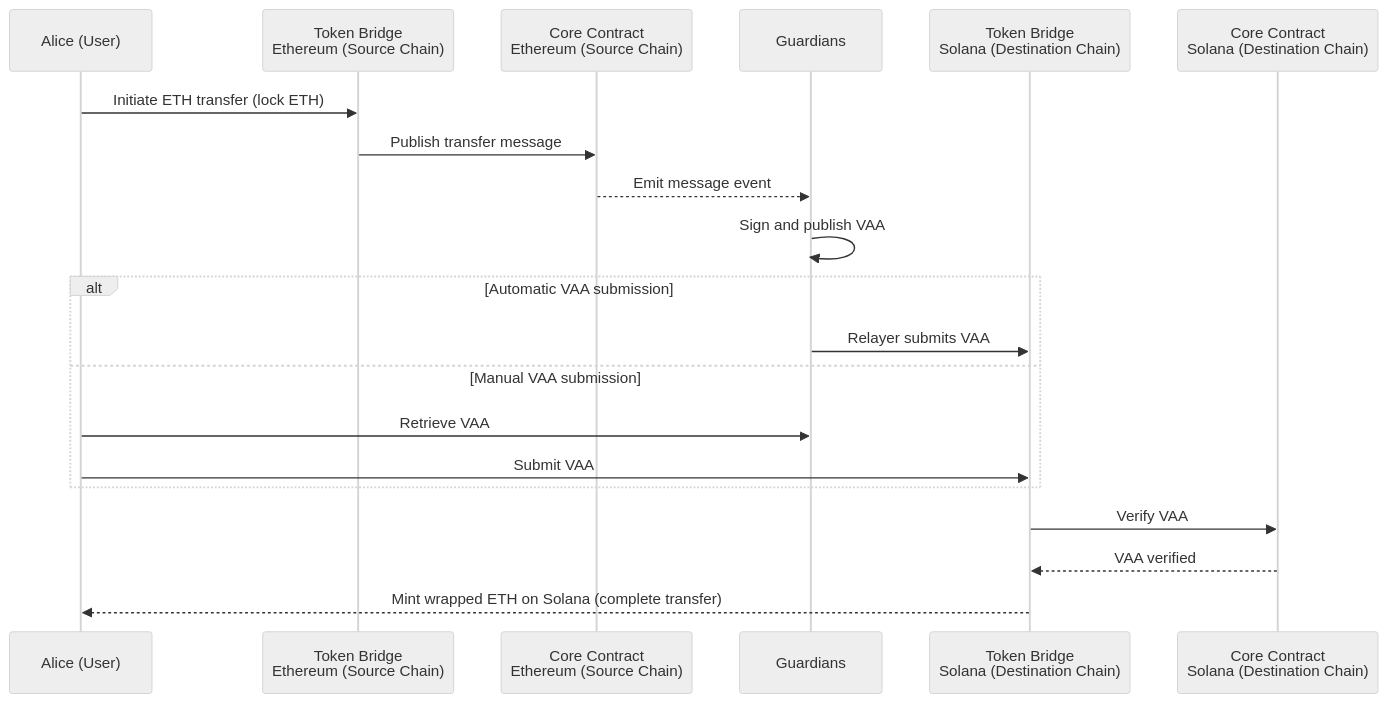
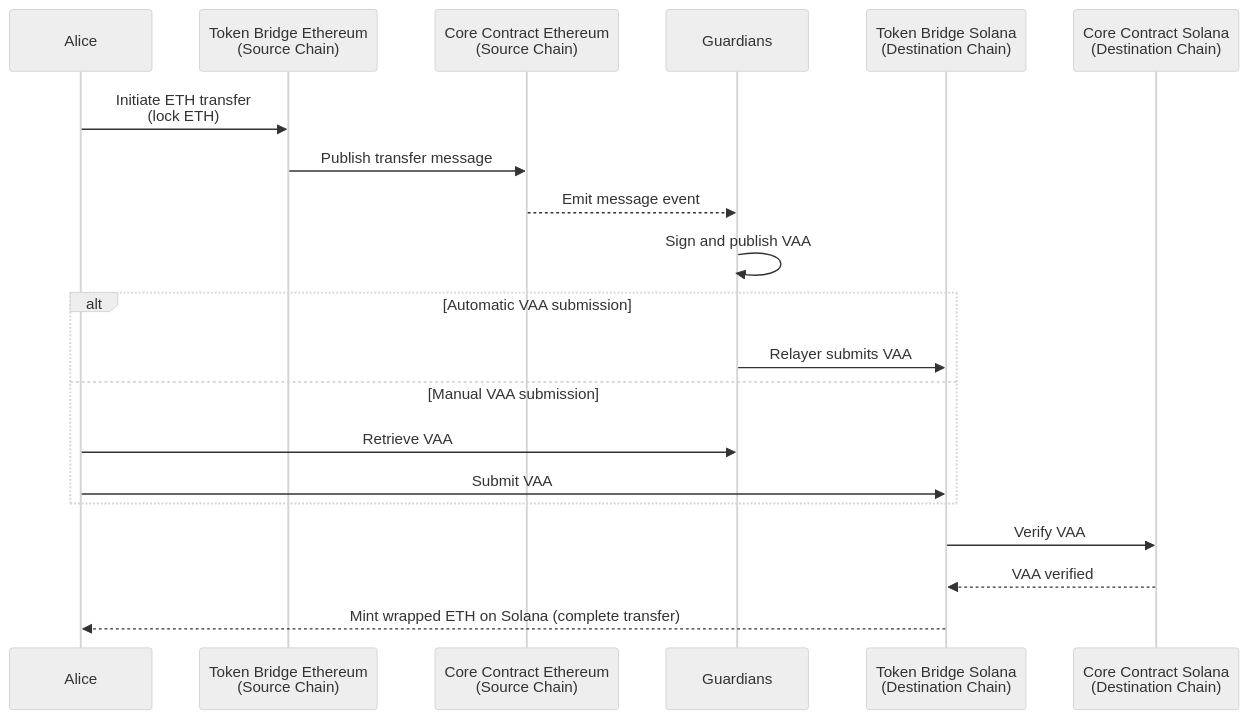
Before and after one commit to wormhole-foundation/wormhole-docs: the first of 4 diagrams in products/token-bridge/concepts/transfer-flow.md, drawn with Mermaid (neutral theme). The commit also changed other lines of this file, not shown here.

Commit message:
clean up diagrams

````diff
--- a/products/token-bridge/concepts/transfer-flow.md
+++ b/products/token-bridge/concepts/transfer-flow.md
@@ -47,25 +47,25 @@
 ```mermaid
 sequenceDiagram
-    participant Alice as Alice (User)
-    participant TokenBridgeEth as Token Bridge <br> Ethereum (Source Chain)
-    participant CoreEth as Core Contract <br> Ethereum (Source Chain)
+    participant Alice as Alice
+    participant TokenBridgeEth as Token Bridge Ethereum<br>(Source Chain)
+    participant CoreEth as Core Contract Ethereum<br>(Source Chain)
     participant Guardians
-    participant TokenBridgeSol as Token Bridge <br> Solana (Destination Chain)
-    participant CoreSol as Core Contract <br> Solana (Destination Chain)
+    participant TokenBridgeSol as Token Bridge Solana<br>(Destination Chain)
+    participant CoreSol as Core Contract Solana<br>(Destination Chain)
 
-    Alice->>TokenBridgeEth: Initiate ETH transfer (lock ETH)
+    Alice->>TokenBridgeEth: Initiate ETH transfer<br>(lock ETH)
     TokenBridgeEth->>CoreEth: Publish transfer message
     CoreEth-->>Guardians: Emit message event
     Guardians->>Guardians: Sign and publish VAA
 
     alt Automatic VAA submission
         Guardians->>TokenBridgeSol: Relayer submits VAA
     else Manual VAA submission
         Alice->>Guardians: Retrieve VAA
         Alice->>TokenBridgeSol: Submit VAA
     end
 
     TokenBridgeSol->>CoreSol: Verify VAA
     CoreSol-->>TokenBridgeSol: VAA verified
     TokenBridgeSol-->>Alice: Mint wrapped ETH on Solana (complete transfer)
 ```
````
